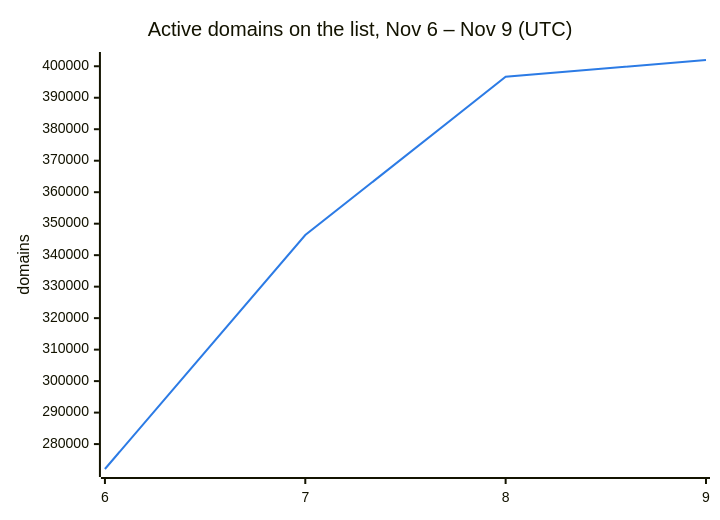
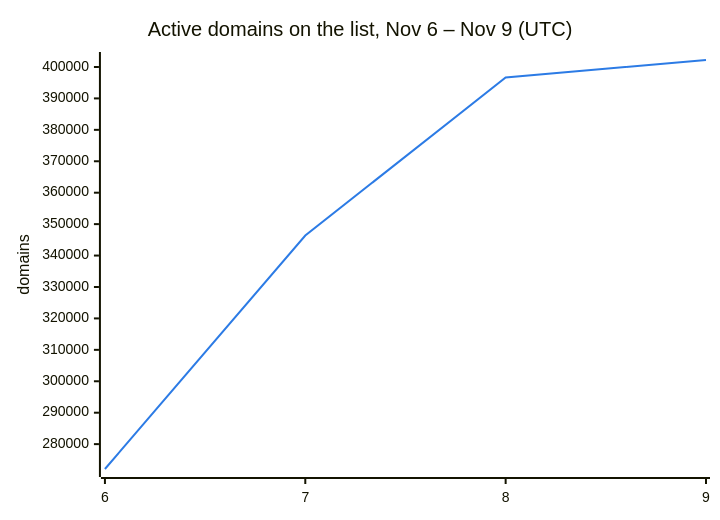
Before and after one commit to DNSBunker/CTI: the second of 3 diagrams in README.md, drawn with Mermaid. The commit also changed other lines of this file and 3 other files, not shown here.

````diff
--- a/README.md
+++ b/README.md
@@ -38,8 +38,8 @@
 ```mermaid
 %%{init: {"themeVariables": {"xyChart": {"plotColorPalette": "#2c7be5"}}}}%%
 xychart-beta
     title "Active domains on the list, Nov 6 – Nov 9 (UTC)"
     x-axis ["6", "7", "8", "9"]
     y-axis "domains"
-    line [272088, 346388, 396638, 401986]
+    line [272088, 346388, 396638, 402221]
 ```
````
